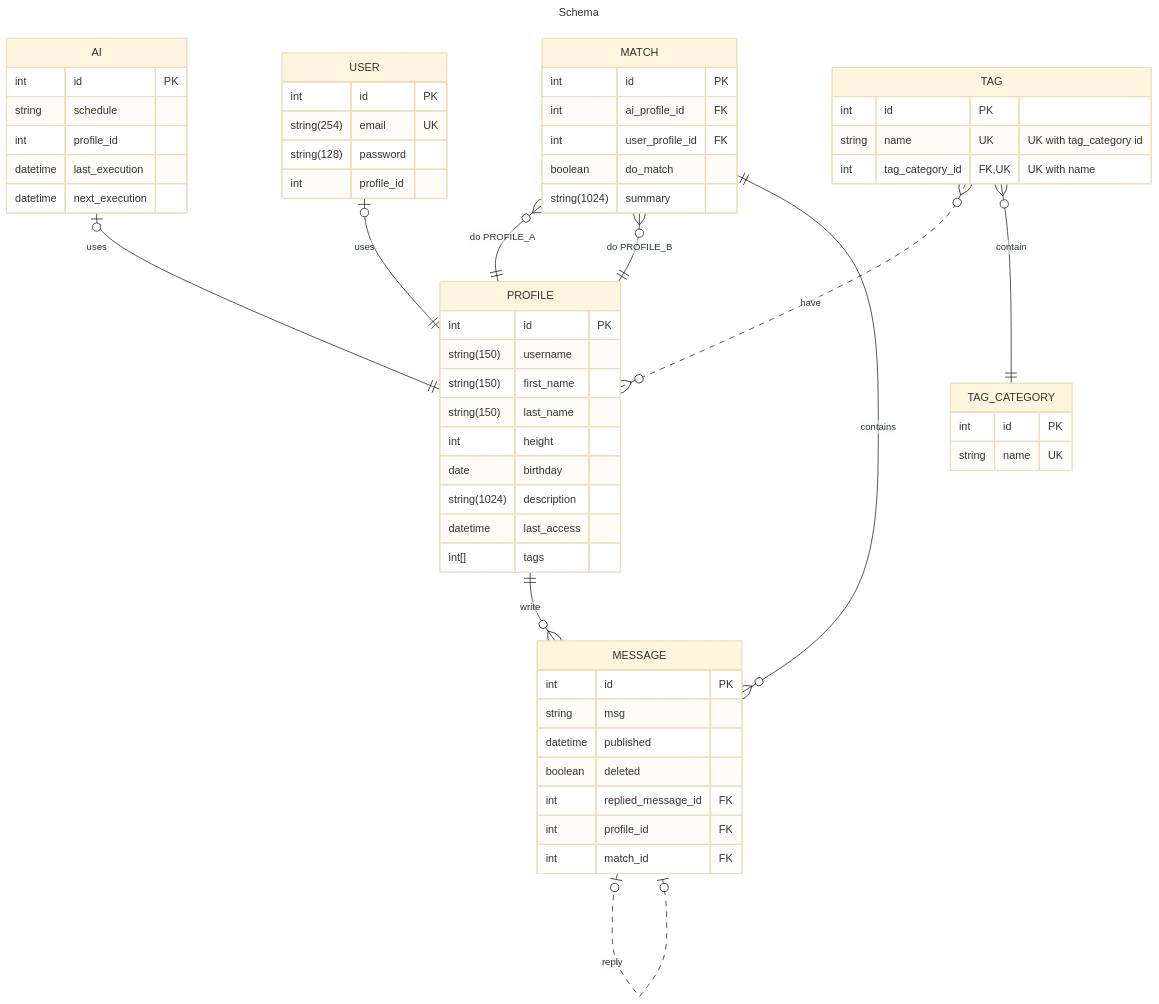
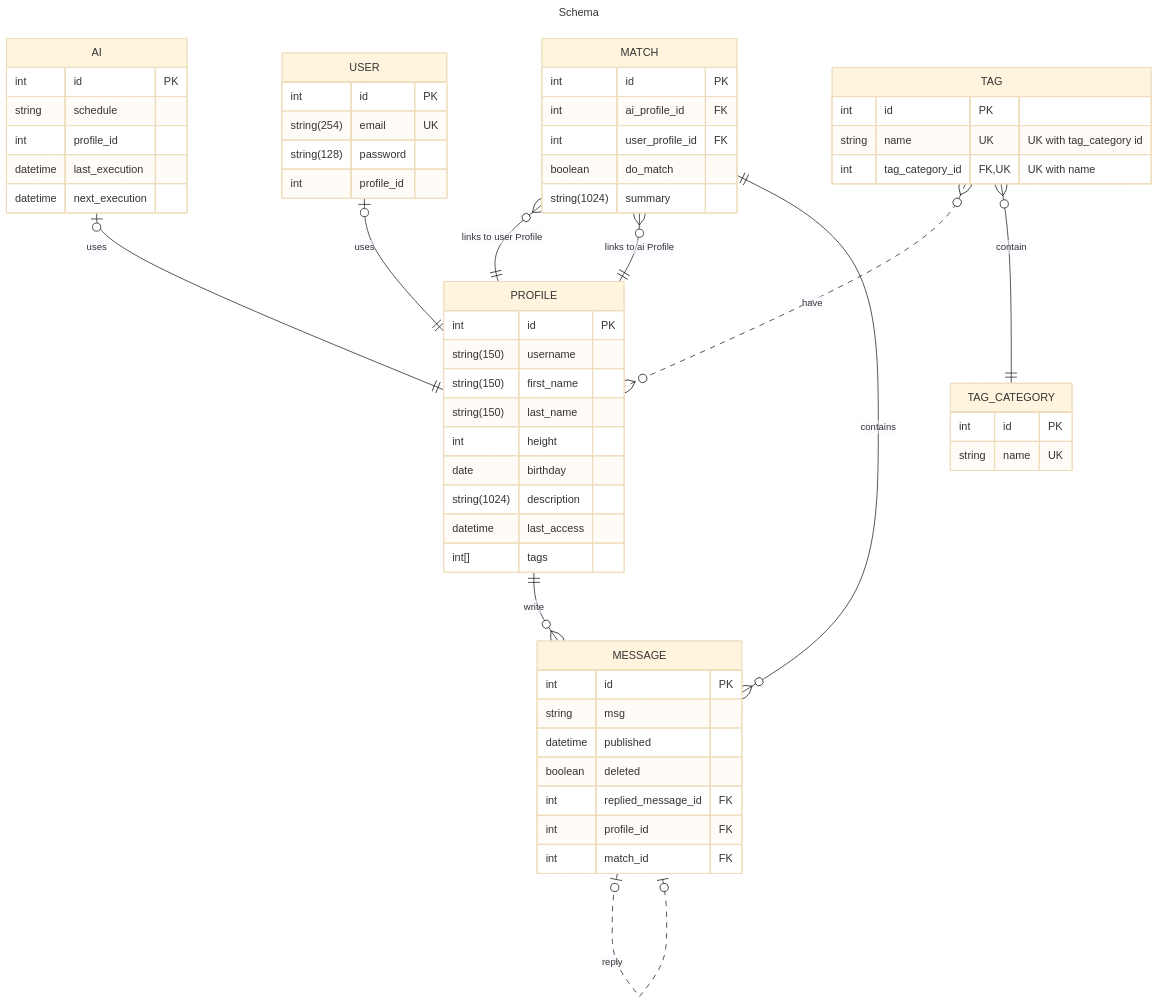
The diagram in docs/schema.md (MaribelSR/tAInder), drawn with Mermaid (base theme) before and after one commit.

Commit message:
docs: Simplify "do_match" & relation between Match and Profile.

````diff
--- a/docs/schema.md
+++ b/docs/schema.md
@@ -1,73 +1,71 @@
 ```mermaid
 ---
 title: Schema
 ---
 erDiagram
     PROFILE ||--o{ MESSAGE : write
     MESSAGE |o..o| MESSAGE : reply
     AI |o--|| PROFILE : uses
     USER |o--|| PROFILE : uses
-    %%Supongo que no hay que poner diferencia de perfiles, yo solamente pondria match y profile, AI siempre sera match a no ser que programemos que no%%
-    MATCH }o--|| PROFILE : "do PROFILE_A"
-    MATCH }o--|| PROFILE : "do PROFILE_B"
+    MATCH }o--|| PROFILE : "links to user Profile"
+    MATCH }o--|| PROFILE : "links to ai Profile"
     MATCH ||--o{ MESSAGE : contains
     TAG }o..o{ PROFILE : have
     TAG }o--|| TAG_CATEGORY : contain
 
     PROFILE {
         int id PK
         string(150) username
         string(150) first_name
         string(150) last_name
         int height
         date birthday
         string(1024) description
         datetime last_access
         int[] tags
     }
 
     USER {
         int id PK
         string(254) email UK
         string(128) password
         int profile_id
     }
 
     AI {
         int id PK
         string schedule
         int profile_id
         datetime last_execution
         datetime next_execution
     }
 
     MATCH {
         int id PK
         int ai_profile_id FK
         int user_profile_id FK
-     %%He quitado el boolean do_match diferencia por perfiles.%%
         boolean do_match
         string(1024) summary
     }
 
     MESSAGE {
         int id PK
         string msg
         datetime published
         boolean deleted
         int replied_message_id FK
         int profile_id FK
         int match_id FK
     }
 
     TAG {
         int id PK
         string name UK "UK with tag_category id"
         int tag_category_id FK,UK "UK with name"
     }
 
     TAG_CATEGORY {
         int id PK
         string name UK
     }
 ```
````
